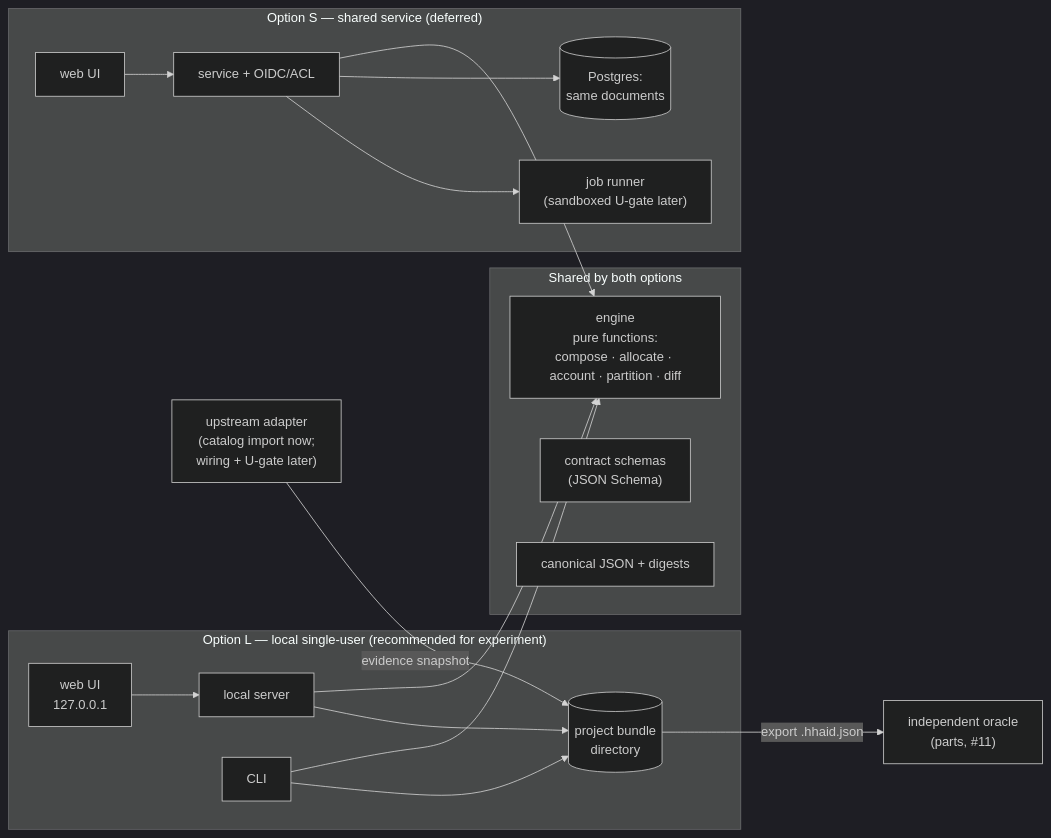
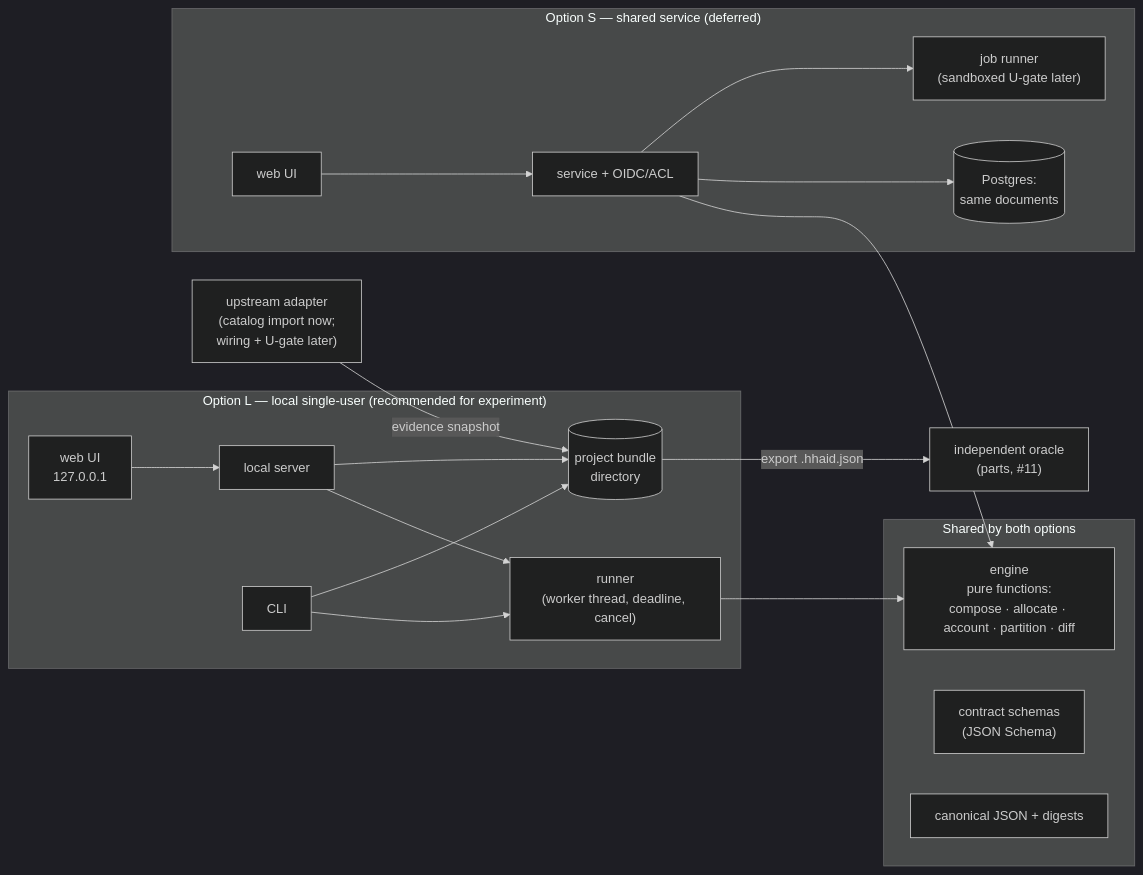
Before and after one commit to afewell-hh/hh-aid: the diagram in docs/design/architecture-options.md, drawn with Mermaid (dark theme). The commit also changed other lines of this file and 2 other files, not shown here.

````diff
--- a/docs/design/architecture-options.md
+++ b/docs/design/architecture-options.md
@@ -52,23 +52,24 @@
 ```mermaid
 flowchart LR
   subgraph Shared["Shared by both options"]
     ENG["engine<br/>pure functions:<br/>compose · allocate · account · partition · diff"]
     SCH["contract schemas<br/>(JSON Schema)"]
     CAN["canonical JSON + digests"]
   end
   subgraph L["Option L — local single-user (recommended for experiment)"]
     UI["web UI<br/>127.0.0.1"] --> API["local server"]
-    CLI["CLI"] --> ENG
-    API --> ENG
+    CLI["CLI"] --> RUN["runner<br/>(worker thread, deadline, cancel)"]
+    API --> RUN
+    RUN --> ENG
     API --> FS[("project bundle<br/>directory")]
     CLI --> FS
   end
   subgraph S["Option S — shared service (deferred)"]
     WUI["web UI"] --> SVC["service + OIDC/ACL"]
     SVC --> ENG
     SVC --> PG[("Postgres:<br/>same documents")]
     SVC --> Q["job runner<br/>(sandboxed U-gate later)"]
   end
   FS -- "export .hhaid.json" --> ORA["independent oracle<br/>(parts, #11)"]
   ADP["upstream adapter<br/>(catalog import now;<br/>wiring + U-gate later)"] -- "evidence snapshot" --> FS
 ```
````
